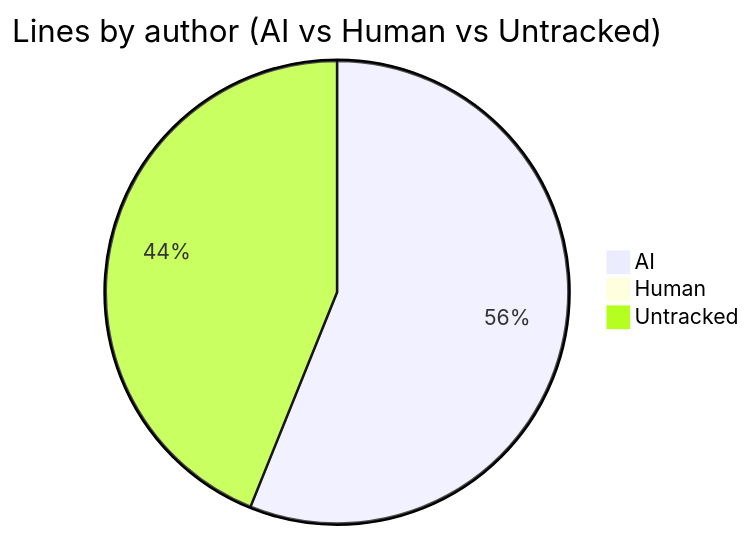
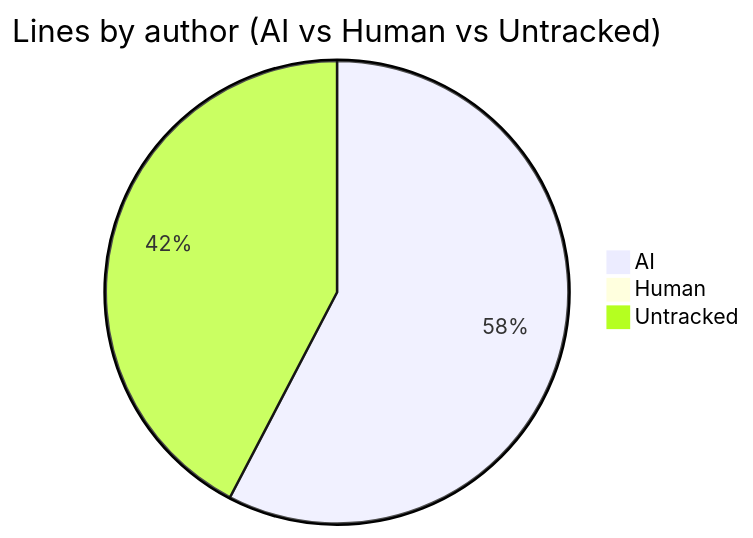
The diagram in AI-AUTHORSHIP.md (CaliMark/ai-authorship), drawn with Mermaid before and after one commit. The commit also changed other lines of this file and 1 other file, not shown here.

````diff
--- a/AI-AUTHORSHIP.md
+++ b/AI-AUTHORSHIP.md
@@ -19,6 +19,6 @@
 ```mermaid
 pie title Lines by author (AI vs Human vs Untracked)
-    "AI" : 1971
+    "AI" : 2029
     "Human" : 0
-    "Untracked" : 1542
+    "Untracked" : 1490
 ```
````
